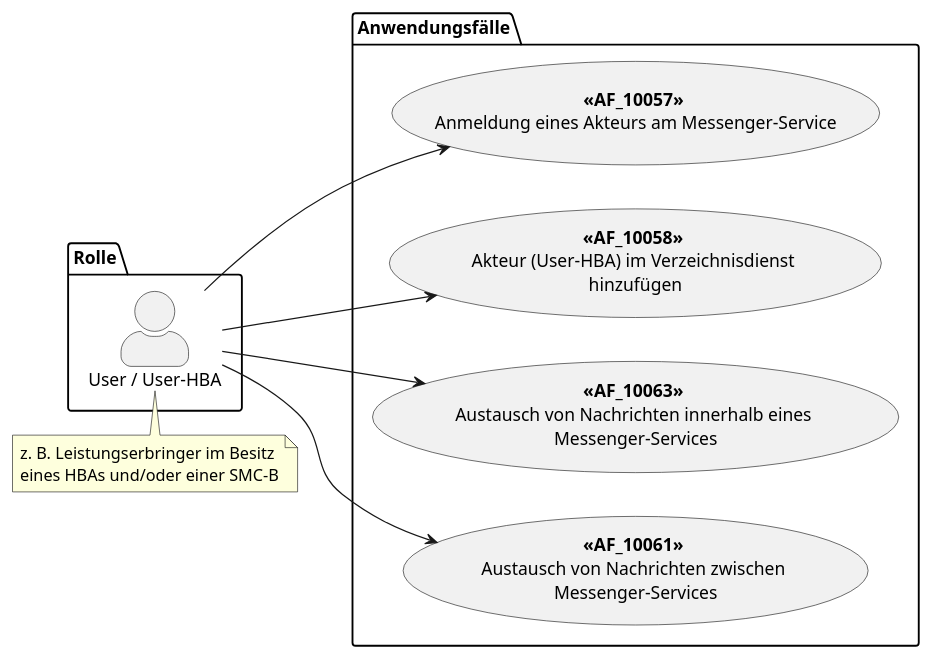
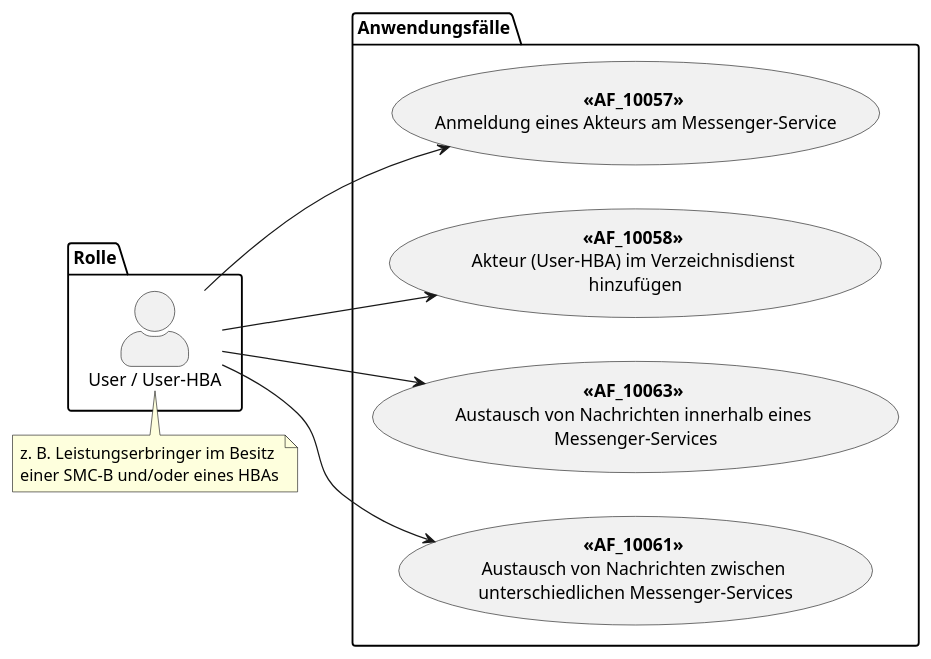
Before and after one commit to gematik/api-ti-messenger: the diagram in src/plantuml/TI-Messenger-Dienst/Ressourcen/UC_user_HBA.puml, drawn with PlantUML.

```diff
--- a/src/plantuml/TI-Messenger-Dienst/Ressourcen/UC_user_HBA.puml
+++ b/src/plantuml/TI-Messenger-Dienst/Ressourcen/UC_user_HBA.puml
@@ -8,26 +8,26 @@
 @startuml
 skinparam actorStyle awesome
 left to right direction
 
 package Rolle {
 actor "User / User-HBA" as uuh
 }
 
 package Anwendungsfälle {
 usecase "**<<AF_10057>>** \nAnmeldung eines Akteurs am Messenger-Service" as UC1
 usecase "**<<AF_10058>>** \nAkteur (User-HBA) im Verzeichnisdienst \nhinzufügen" as UC2
 usecase "**<<AF_10063>>** \nAustausch von Nachrichten innerhalb eines \nMessenger-Services" as UC3
-usecase "**<<AF_10061>>** \nAustausch von Nachrichten zwischen \nMessenger-Services" as UC4
+usecase "**<<AF_10061>>** \nAustausch von Nachrichten zwischen \nunterschiedlichen Messenger-Services" as UC4
 }
 
 uuh --> UC1
 uuh --> UC2
 uuh --> UC3
 uuh --> UC4
 
 note top of (uuh)
 z. B. Leistungserbringer im Besitz 
-eines HBAs und/oder einer SMC-B
+einer SMC-B und/oder eines HBAs
 end note
 
 @enduml
```
